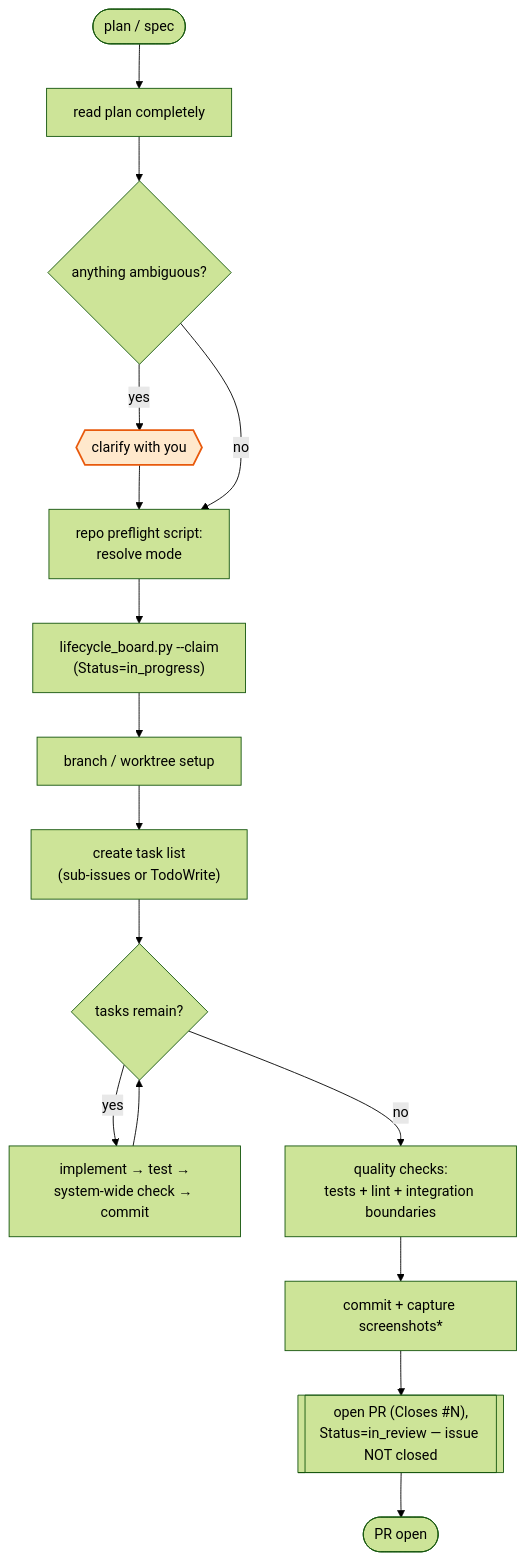
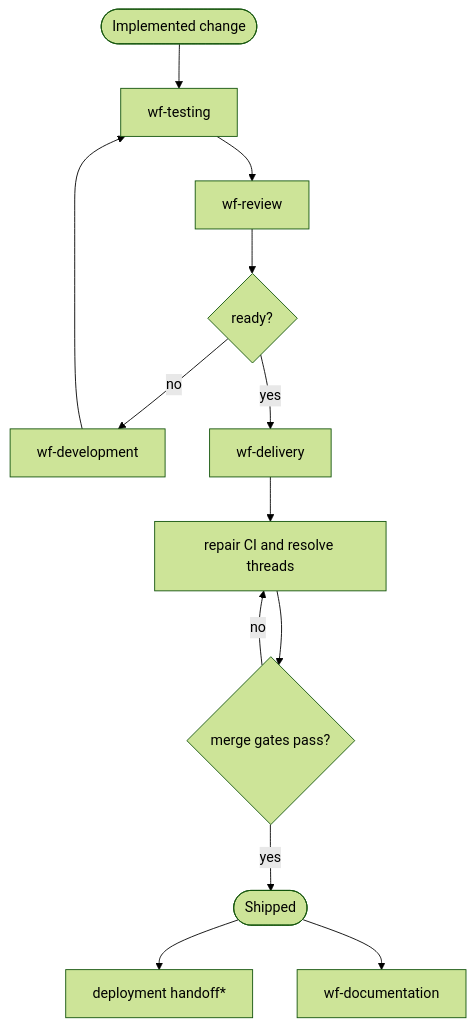
One commit to Life-With-Data/agentic-engineering changed the fifth of 7 diagrams in plugins/agentic-engineering/FLOWS.md. Above: the diagram before and after it, drawn with Mermaid (forest theme). The commit also changed other lines of this file and 282 other files, not shown here.

````diff
--- a/plugins/agentic-engineering/FLOWS.md
+++ b/plugins/agentic-engineering/FLOWS.md
@@ -260,21 +76,15 @@
 ```mermaid
 flowchart TD
-    start([plan / spec]) --> readplan["read plan completely"]
-    readplan --> clar{"anything ambiguous?"}
-    clar -->|yes| ask{{"clarify with you"}}
-    ask --> preflight
-    clar -->|no| preflight["repo preflight script:<br/>resolve mode"]
-    preflight --> claim["lifecycle_board.py --claim<br/>(Status=in_progress)"]
-    claim --> branch["branch / worktree setup"]
-    branch --> tasks["create task list<br/>(sub-issues or TodoWrite)"]
-    tasks --> loop{"tasks remain?"}
-    loop -->|yes| impl["implement → test →<br/>system-wide check → commit"]
-    impl --> loop
-    loop -->|no| quality["quality checks:<br/>tests + lint + integration boundaries"]
-    quality --> ship["commit + capture screenshots*"]
-    ship --> pr[["open PR (Closes #N),<br/>Status=in_review — issue NOT closed"]]
-    pr --> done([PR open])
-
-    classDef gate fill:#ffe8cc,stroke:#e8590c,stroke-width:2px;
-    class ask gate
+    implemented([Implemented change]) --> T["wf-testing"]
+    T --> R["wf-review"]
+    R --> ready{"ready?"}
+    ready -->|no| D["wf-development"]
+    D --> T
+    ready -->|yes| L["wf-delivery"]
+    L --> ci["repair CI and resolve threads"]
+    ci --> merge{"merge gates pass?"}
+    merge -->|no| ci
+    merge -->|yes| shipped([Shipped])
+    shipped --> deploy["deployment handoff*"]
+    shipped --> K["wf-documentation"]
 ```
````
